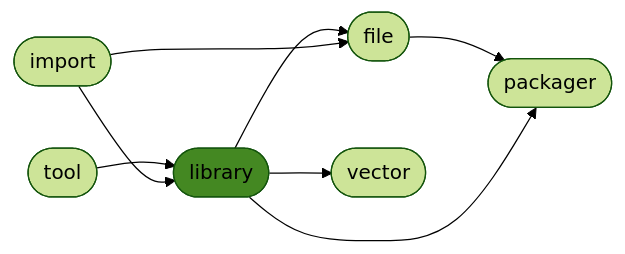
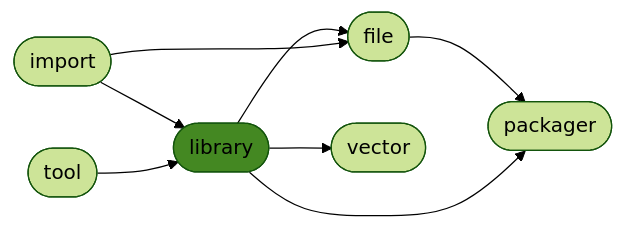
The diagram in README.md (ManderaGeneral/generallibrary), drawn with Mermaid (forest theme) before and after one commit. The commit also changed other lines of this file, not shown here.

````diff
--- a/README.md
+++ b/README.md
@@ -24,17 +24,17 @@
 ```mermaid
 flowchart LR
 3([file]) --> 5([packager])
+0([import]) --> 2([library])
+2([library]) --> 3([file])
+2([library]) --> 5([packager])
+2([library]) --> 4([vector])
+0([import]) --> 3([file])
 1([tool]) --> 2([library])
-0([import]) --> 2([library])
-2([library]) --> 5([packager])
-2([library]) --> 3([file])
-0([import]) --> 3([file])
-2([library]) --> 4([vector])
 click 0 "https://github.com/ManderaGeneral/generalimport"
 click 1 "https://github.com/ManderaGeneral/generaltool"
 click 2 "https://github.com/ManderaGeneral/generallibrary"
 click 3 "https://github.com/ManderaGeneral/generalfile"
 click 4 "https://github.com/ManderaGeneral/generalvector"
 click 5 "https://github.com/ManderaGeneral/generalpackager"
 style 2 fill:#482
 ```
````
